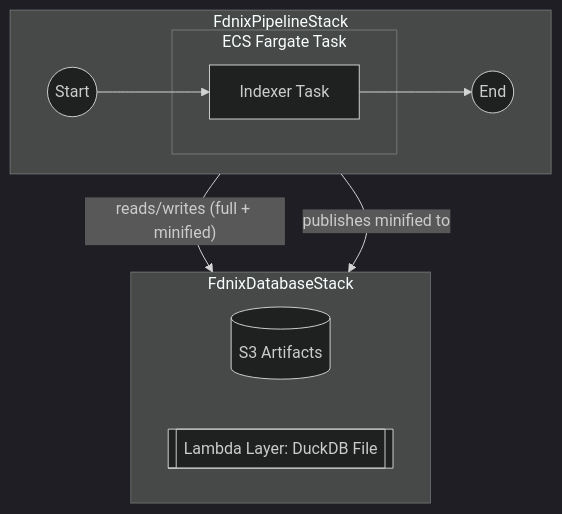
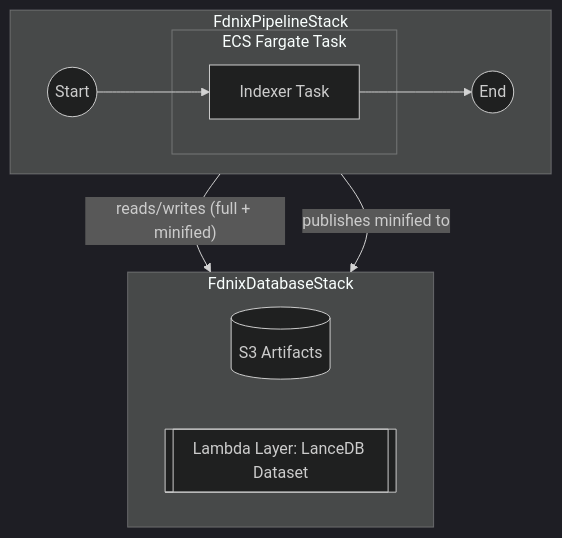
The second of 4 diagrams in packages/cdk/README.md (james-ralph8555/fdnix), drawn with Mermaid (dark theme) before and after one commit. The commit also changed other lines of this file and 25 other files, not shown here.

````diff
--- a/packages/cdk/README.md
+++ b/packages/cdk/README.md
@@ -65,21 +65,21 @@
 ```mermaid
 graph TD
     subgraph "FdnixPipelineStack"
         direction LR
         start((Start)) --> indexer_task[Indexer Task]
         indexer_task --> done((End))
 
         subgraph "ECS Fargate Task"
             indexer_task
         end
     end
 
     subgraph "FdnixDatabaseStack"
         direction LR
         s3_artifacts[(S3 Artifacts)]
-        db_layer[[Lambda Layer: DuckDB File]]
+        db_layer[[Lambda Layer: LanceDB Dataset]]
     end
 
     indexer_task -- reads/writes (full + minified) --> s3_artifacts
     indexer_task -- publishes minified to --> db_layer
 ```
````
